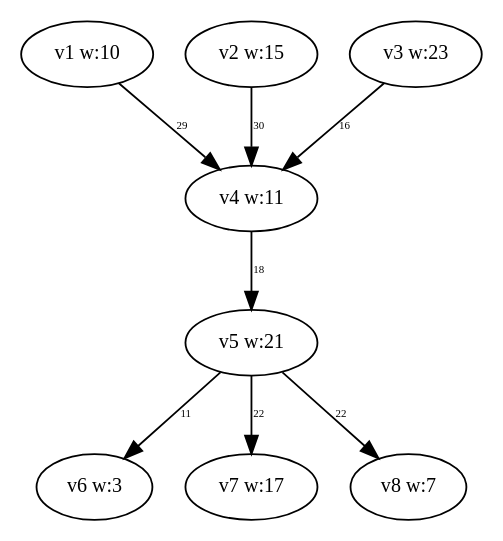
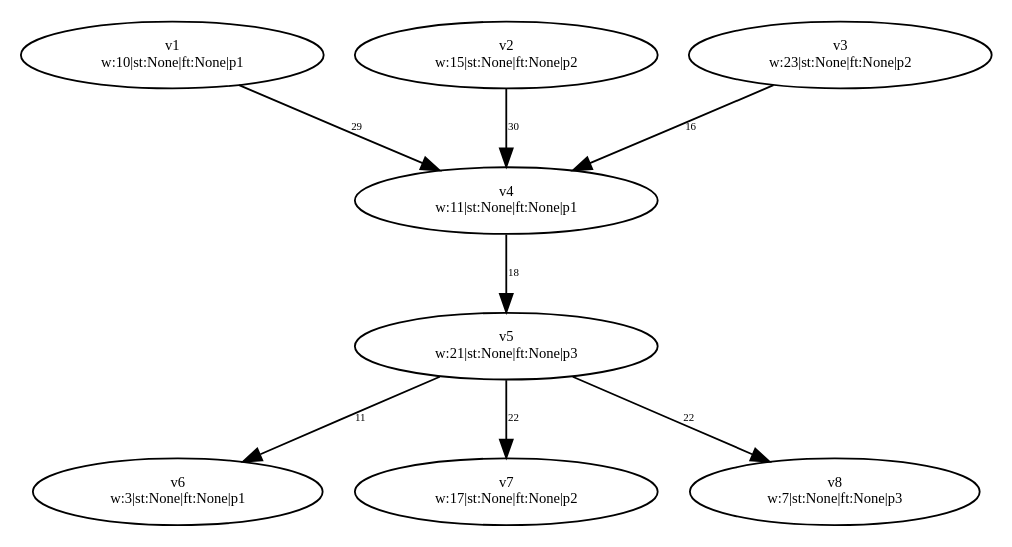
One commit to dexters1/Task-Scheduling-Based-on-Genetic-Algorithms changed the diagram in PythonApplication1/PythonApplication1/test-output/slika_3.gv. Above: the diagram before and after it, drawn with Graphviz. The commit also changed 51 other files, not shown here.

```diff
--- a/PythonApplication1/PythonApplication1/test-output/slika_3.gv
+++ b/PythonApplication1/PythonApplication1/test-output/slika_3.gv
@@ -1,17 +1,25 @@
 digraph {
-	v1 [label="v1 w:10" fontsize=11.0]
-	v2 [label="v2 w:15" fontsize=11.0]
-	v3 [label="v3 w:23" fontsize=11.0]
-	v4 [label="v4 w:11" fontsize=11.0]
-	v5 [label="v5 w:21" fontsize=11.0]
-	v6 [label="v6 w:3" fontsize=11.0]
-	v7 [label="v7 w:17" fontsize=11.0]
-	v8 [label="v8 w:7" fontsize=11.0]
+	v1 [label="v1
+w:10|st:None|ft:None|p1" fontsize=8.0]
+	v2 [label="v2
+w:15|st:None|ft:None|p2" fontsize=8.0]
+	v3 [label="v3
+w:23|st:None|ft:None|p2" fontsize=8.0]
+	v4 [label="v4
+w:11|st:None|ft:None|p1" fontsize=8.0]
+	v5 [label="v5
+w:21|st:None|ft:None|p3" fontsize=8.0]
+	v6 [label="v6
+w:3|st:None|ft:None|p1" fontsize=8.0]
+	v7 [label="v7
+w:17|st:None|ft:None|p2" fontsize=8.0]
+	v8 [label="v8
+w:7|st:None|ft:None|p3" fontsize=8.0]
 	v1 -> v4 [label=29 constraint=true fontsize=6.0]
 	v2 -> v4 [label=30 constraint=true fontsize=6.0]
 	v3 -> v4 [label=16 constraint=true fontsize=6.0]
 	v4 -> v5 [label=18 constraint=true fontsize=6.0]
 	v5 -> v6 [label=11 constraint=true fontsize=6.0]
 	v5 -> v7 [label=22 constraint=true fontsize=6.0]
 	v5 -> v8 [label=22 constraint=true fontsize=6.0]
 }
```
